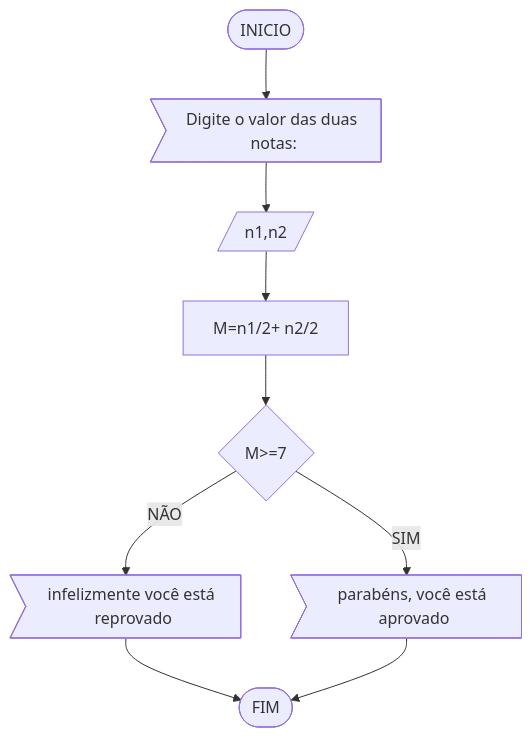
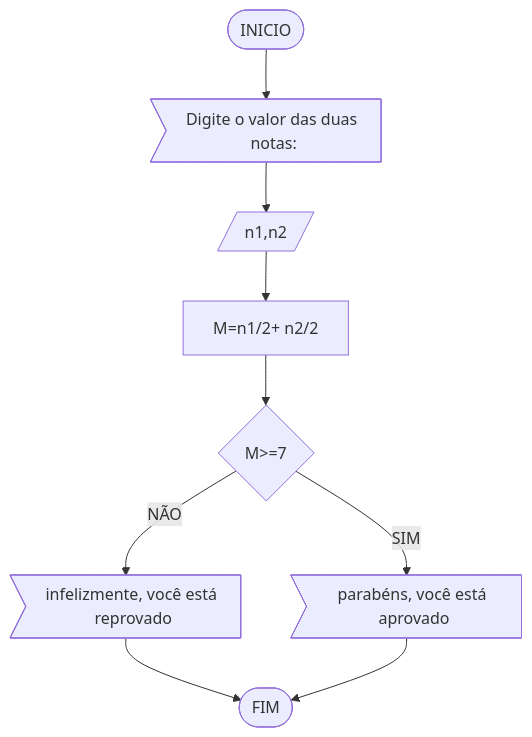
One commit to angelomendonca0601/unifor changed the second of 2 diagrams in RLA/lista1.md. Above: the diagram before and after it, drawn with Mermaid.

````diff
--- a/RLA/lista1.md
+++ b/RLA/lista1.md
@@ -43,11 +43,11 @@
 ```mermaid
 flowchart TD
 id1([INICIO]) -->id2>Digite o valor das duas notas:]
 id2 --> id3[/n1,n2/]
 id3 --> id4[M=n1/2+ n2/2]
 id4 --> id5{M>=7}
-id5 -- NÃO --> id6>infelizmente você está reprovado]
+id5 -- NÃO --> id6>infelizmente, você está reprovado]
 id5 -- SIM --> id7>parabéns, você está aprovado]
 id6 --> id([FIM])
 id7 --> id([FIM])
 ```
````
